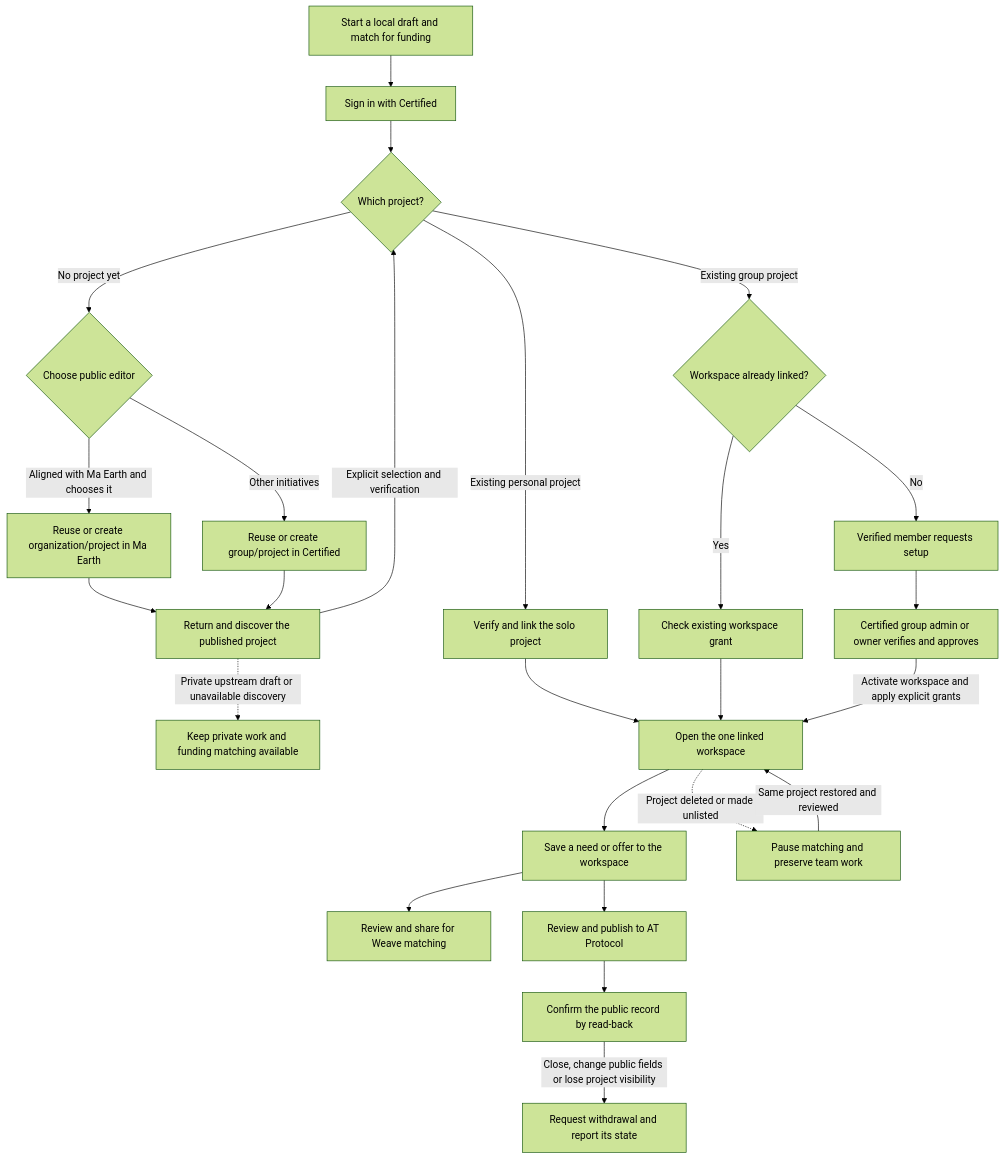
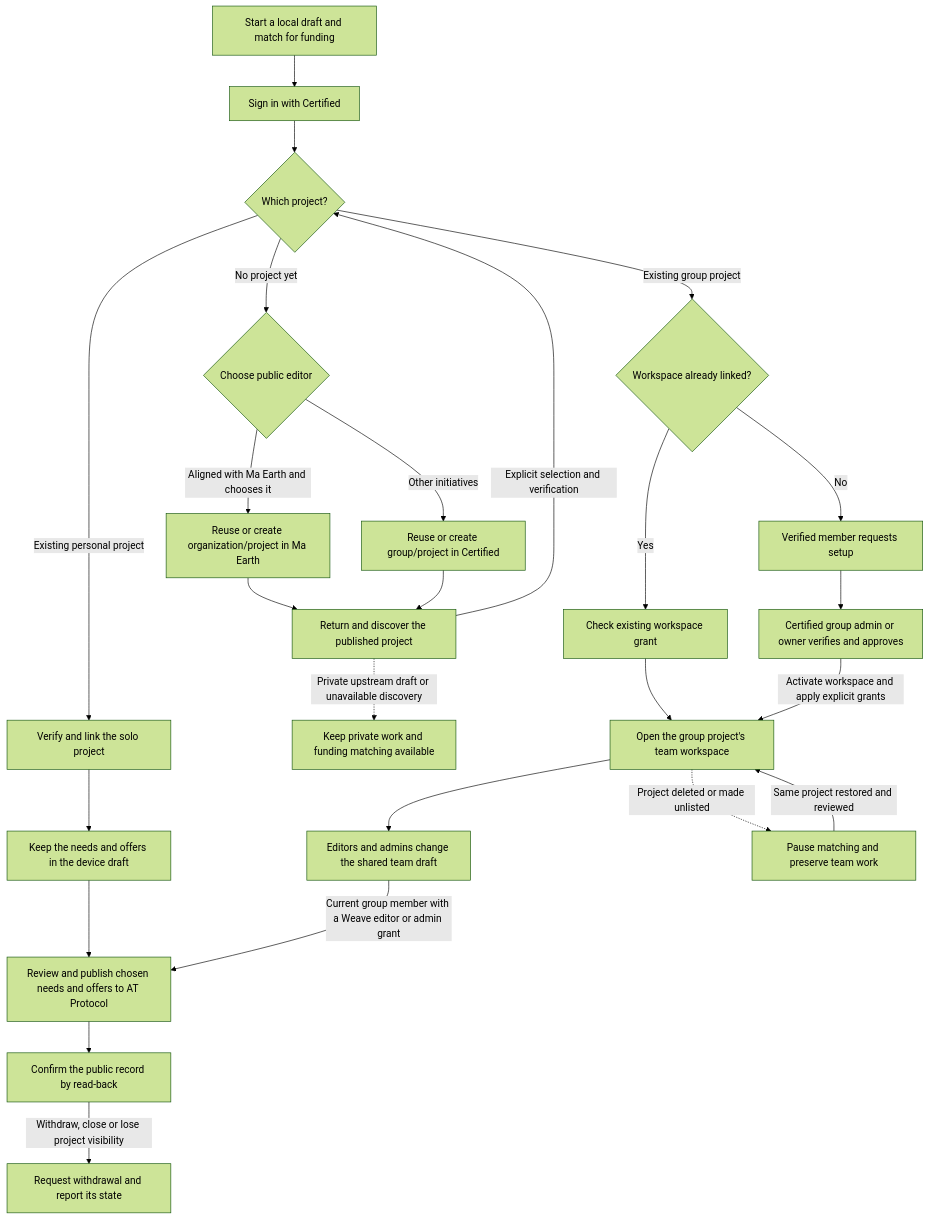
Before and after one commit to regen-commons/weave: the second of 10 diagrams in docs/platform/03-logical-architecture.md, drawn with Mermaid (forest theme). The commit also changed other lines of this file and 6 other files, not shown here.

````diff
--- a/docs/platform/03-logical-architecture.md
+++ b/docs/platform/03-logical-architecture.md
@@ -63,27 +73,27 @@
 ```mermaid
 flowchart TB
   draft["Start a local draft and match for funding"] --> save["Sign in with Certified"]
   save --> select{"Which project?"}
   select -->|"No project yet"| editor{"Choose public editor"}
   editor -->|"Aligned with Ma Earth and chooses it"| ma["Reuse or create organization/project in Ma Earth"]
   editor -->|"Other initiatives"| certifiedEditor["Reuse or create group/project in Certified"]
   select -->|"Existing personal project"| solo["Verify and link the solo project"]
   select -->|"Existing group project"| access{"Workspace already linked?"}
   access -->|"Yes"| grant["Check existing workspace grant"]
   access -->|"No"| request["Verified member requests setup"]
   request --> approve["Certified group admin or owner verifies and approves"]
   ma --> readback["Return and discover the published project"]
   certifiedEditor --> readback
   readback -->|"Explicit selection and verification"| select
   readback -.->|"Private upstream draft or unavailable discovery"| keepWorking["Keep private work and funding matching available"]
-  solo --> workspace["Open the one linked workspace"]
-  grant --> workspace
+  solo --> deviceDraft["Keep the needs and offers in the device draft"]
+  grant --> workspace["Open the group project's team workspace"]
   approve -->|"Activate workspace and apply explicit grants"| workspace
-  workspace --> entry["Save a need or offer to the workspace"]
-  entry --> share["Review and share for Weave matching"]
-  entry --> publish["Review and publish to AT Protocol"]
+  workspace --> teamDraft["Editors and admins change the shared team draft"]
+  deviceDraft --> publish["Review and publish chosen needs and offers to AT Protocol"]
+  teamDraft -->|"Current group member with a Weave editor or admin grant"| publish
   publish --> confirmed["Confirm the public record by read-back"]
-  confirmed -->|"Close, change public fields or lose project visibility"| withdraw["Request withdrawal and report its state"]
+  confirmed -->|"Withdraw, close or lose project visibility"| withdraw["Request withdrawal and report its state"]
   workspace -.->|"Project deleted or made unlisted"| paused["Pause matching and preserve team work"]
   paused -->|"Same project restored and reviewed"| workspace
 ```
````
